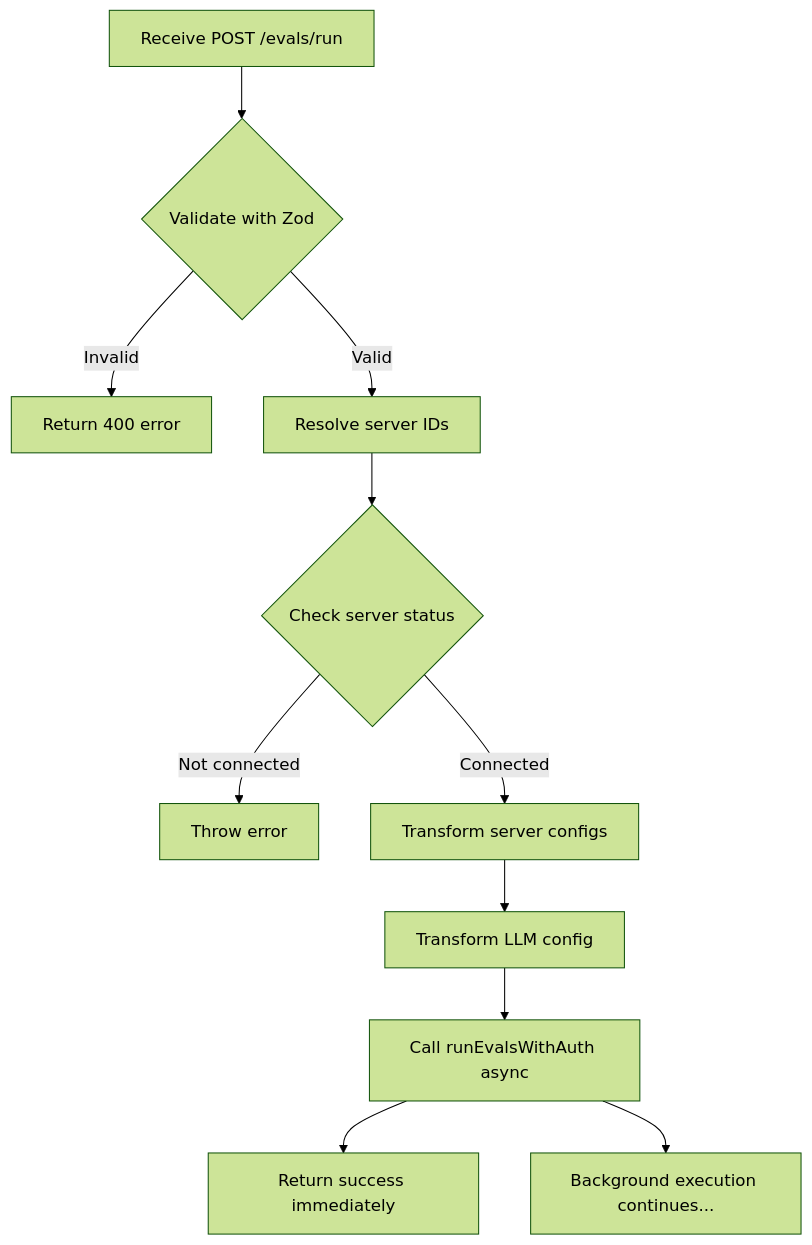
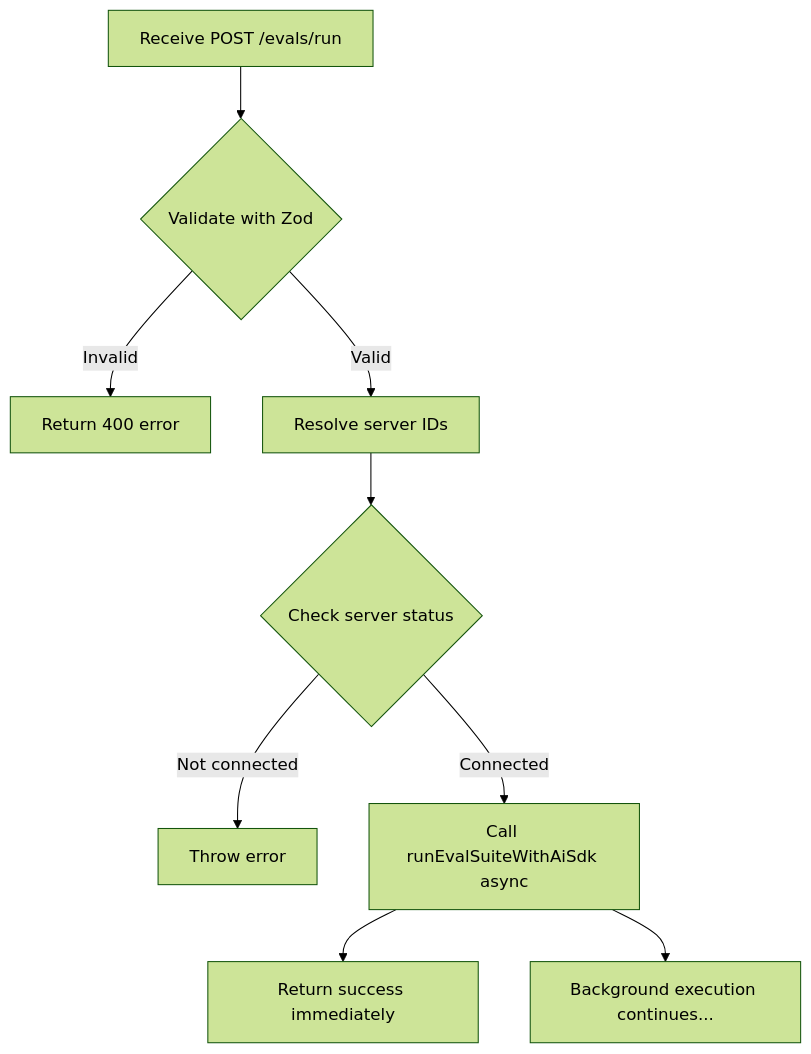
The fourth of 11 diagrams in docs/contributing/evals-architecture.mdx (MCPJam/inspector), drawn with Mermaid (forest theme) before and after one commit. The commit also changed other lines of this file, not shown here.

Commit message:
Update evals architecture documentation for AI SDK migration (#838)

````diff
--- a/docs/contributing/evals-architecture.mdx
+++ b/docs/contributing/evals-architecture.mdx
@@ -204,14 +199,12 @@
 ```mermaid
 flowchart TD
     A[Receive POST /evals/run] --> B{Validate with Zod}
     B -->|Invalid| C[Return 400 error]
     B -->|Valid| D[Resolve server IDs]
     D --> E{Check server status}
     E -->|Not connected| F[Throw error]
-    E -->|Connected| G[Transform server configs]
-    G --> H[Transform LLM config]
-    H --> I[Call runEvalsWithAuth async]
-    I --> J[Return success immediately]
+    E -->|Connected| G[Call runEvalSuiteWithAiSdk async]
+    G --> H[Return success immediately]
 
-    I --> K[Background execution continues...]
+    G --> I[Background execution continues...]
 ```
````
